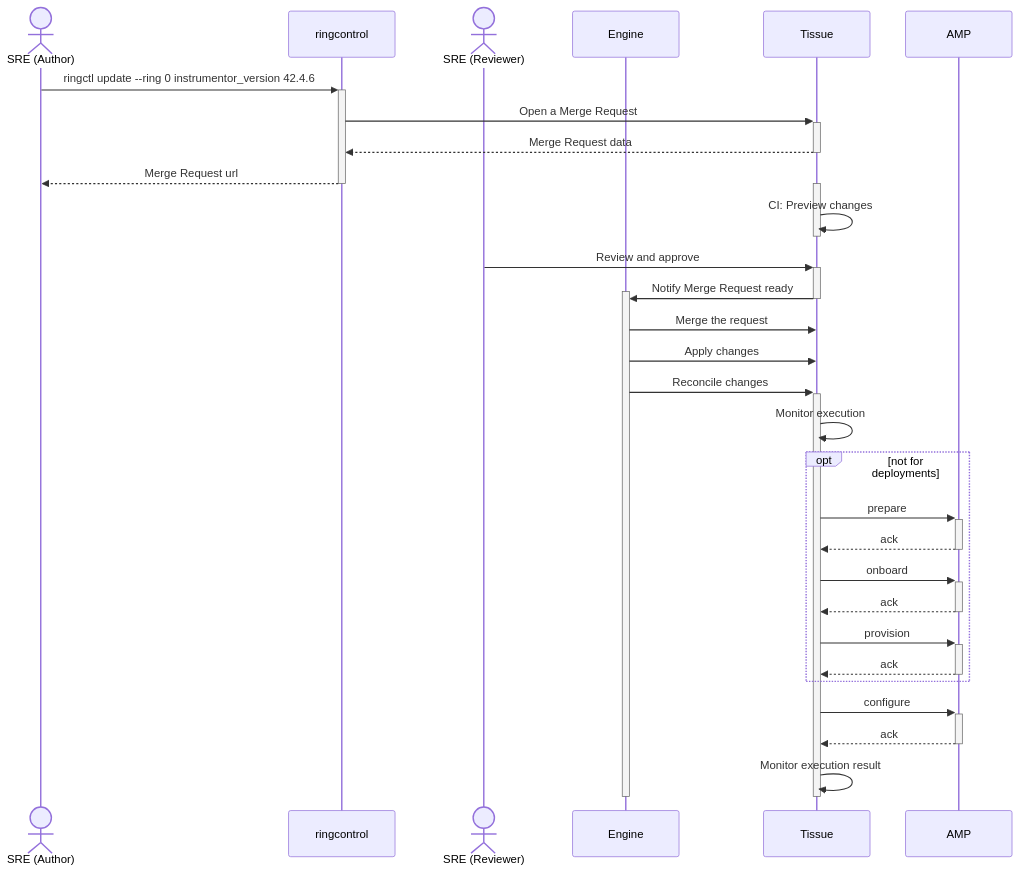
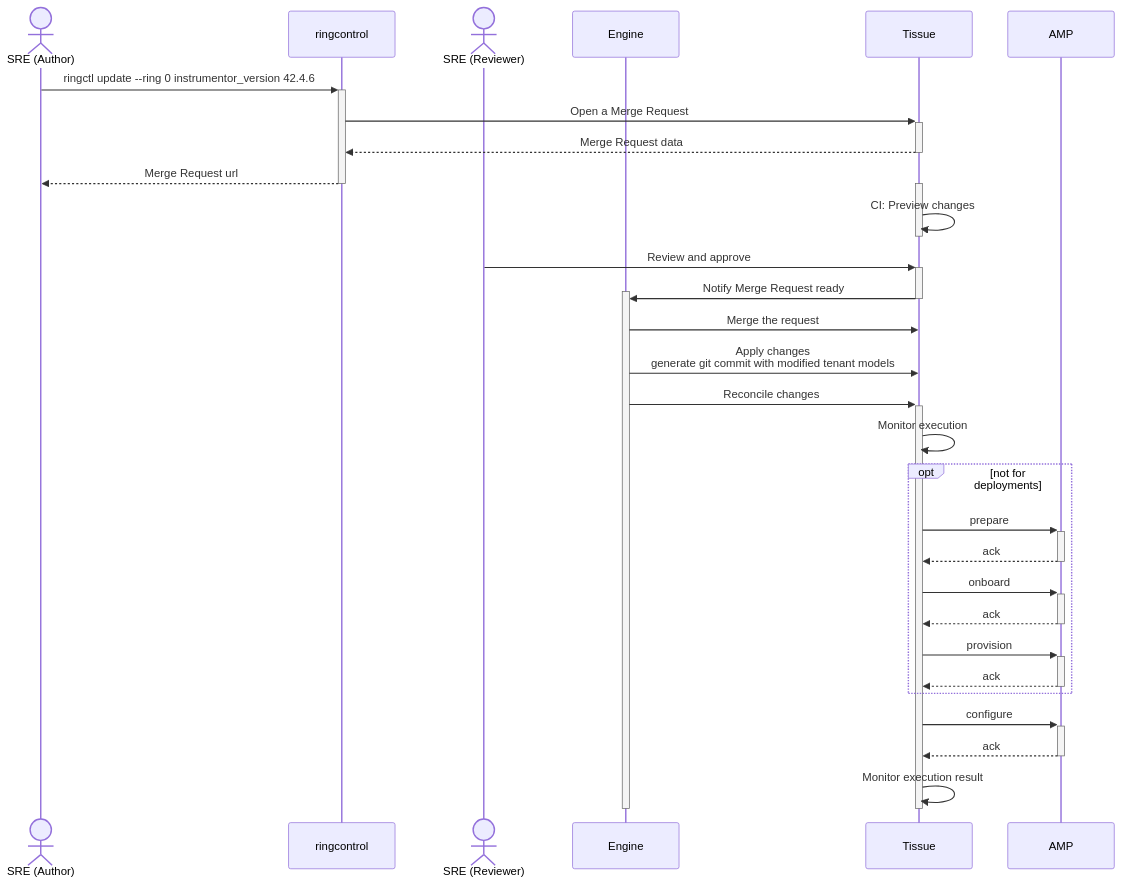
Before and after one commit to secretstartups/handbook: the diagram in content/handbook/engineering/architecture/design-documents/cells/infrastructure/managing_changes.md, drawn with Mermaid.

Commit message:
Specify what "Apply changes" means

````diff
--- a/content/handbook/engineering/architecture/design-documents/cells/infrastructure/managing_changes.md
+++ b/content/handbook/engineering/architecture/design-documents/cells/infrastructure/managing_changes.md
@@ -56,45 +56,45 @@
 ```mermaid
 sequenceDiagram
     actor s1 as SRE (Author)
     participant rc as ringcontrol
     actor s2 as SRE (Reviewer)
     participant o as Engine
     participant t as Tissue
     participant a as AMP
 
     s1 ->> +rc: ringctl update --ring 0 instrumentor_version 42.4.6
     rc ->> +t: Open a Merge Request
     t -->> -rc: Merge Request data
     rc -->> -s1: Merge Request url
 
     activate t
     t ->> t: CI: Preview changes
     deactivate t
 
     s2 ->> +t: Review and approve
     t ->> +o: Notify Merge Request ready
     deactivate t
 
     o ->> t: Merge the request
-    o ->> t: Apply changes
+    o ->> t: Apply changes<br/>generate git commit with modified tenant models
     o ->> +t: Reconcile changes
     t ->> t: Monitor execution
 
     opt not for deployments
     t ->> +a: prepare
     a -->> -t: ack
 
     t ->> +a: onboard
     a -->> -t: ack
 
     t ->> +a: provision
     a -->> -t: ack
     end
 
     t ->> +a: configure
     a -->> -t: ack
 
     t ->> t: Monitor execution result
     deactivate t
     deactivate o
 ```
````
